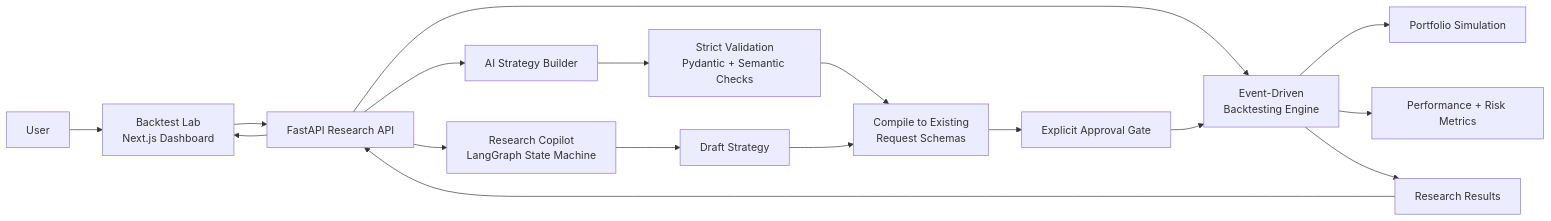
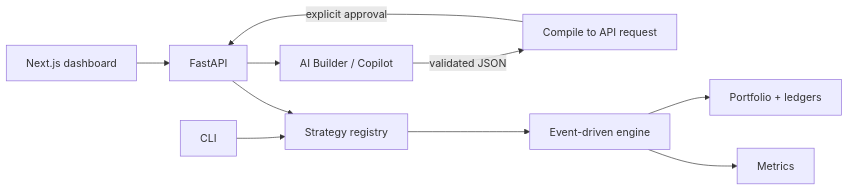
The diagram in README.md (codysj/AI-Backtest-Lab), drawn with Mermaid before and after one commit. The commit also changed other lines of this file and 20 other files, not shown here.

````diff
--- a/README.md
+++ b/README.md
@@ -148,19 +57,12 @@
 ```mermaid
 flowchart LR
-    User[User] --> UI[Backtest Lab<br/>Next.js Dashboard]
-    UI --> API[FastAPI Research API]
-    API --> Engine[Event-Driven<br/>Backtesting Engine]
-    API --> AI[AI Strategy Builder]
-    API --> Copilot[Research Copilot<br/>LangGraph State Machine]
-    AI --> Validator[Strict Validation<br/>Pydantic + Semantic Checks]
-    Validator --> Compiler[Compile to Existing<br/>Request Schemas]
-    Copilot --> Draft[Draft Strategy]
-    Draft --> Compiler
-    Compiler --> Approval[Explicit Approval Gate]
-    Approval --> Engine
-    Engine --> Portfolio[Portfolio Simulation]
-    Engine --> Metrics[Performance + Risk Metrics]
-    Engine --> Results[Research Results]
-    Results --> API
-    API --> UI
+    UI[Next.js dashboard] --> API[FastAPI]
+    CLI[CLI] --> Registry
+    API --> Registry[Strategy registry]
+    API --> AI[AI Builder / Copilot]
+    AI -->|validated JSON| Compiler[Compile to API request]
+    Compiler -->|explicit approval| API
+    Registry --> Engine[Event-driven engine]
+    Engine --> Portfolio[Portfolio + ledgers]
+    Engine --> Metrics[Metrics]
 ```
````
